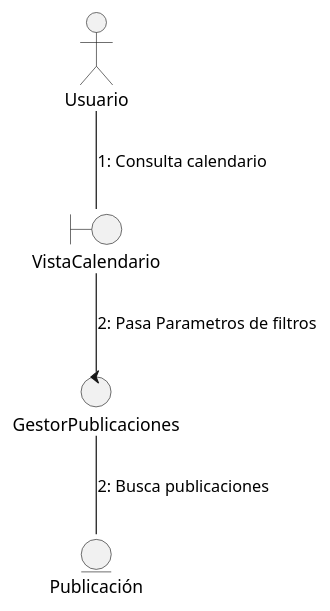
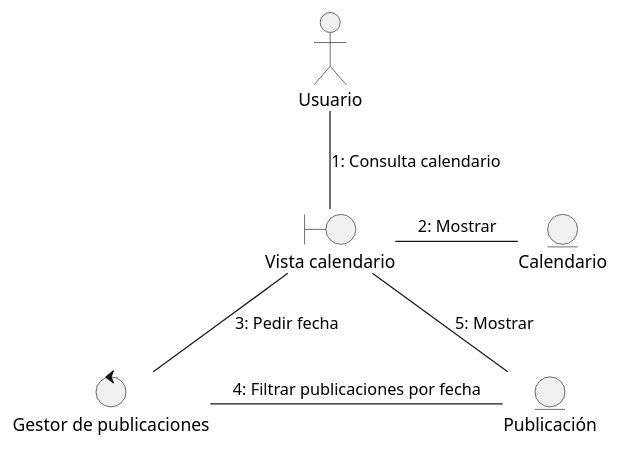
One commit to Dayannis-07/ING_SOFT changed the diagram in docs/scenariosView/collaborationDiagram/useCase-ConsultarCalendario.plantuml. Above: the diagram before and after it, drawn with PlantUML. The commit also changed 14 other files, not shown here.

Commit message:
Analysis Class Diagram Corrections

```diff
--- a/docs/scenariosView/collaborationDiagram/useCase-ConsultarCalendario.plantuml
+++ b/docs/scenariosView/collaborationDiagram/useCase-ConsultarCalendario.plantuml
@@ -1,12 +1,14 @@
 @startuml Consultar Calendario
 actor Usuario as U
 
-boundary VistaCalendario as V
-control GestorPublicaciones as C
-entity Publicación as E
+boundary "Vista calendario" as V
+control "Gestor de publicaciones" as G
+entity Publicación as P
+entity Calendario as C
 
-U -- V : "1: Consulta calendario"
-V -- C : "2: Pasa Parametros de filtros"
-C -- E : "2: Busca publicaciones"
-
+U -- V : "1: Consulta calendario" 
+V-r-C :"2: Mostrar"
+V -- G : "3: Pedir fecha"
+G -r- P : "4: Filtrar publicaciones por fecha"
+P--V :"5: Mostrar"
 @enduml
```
